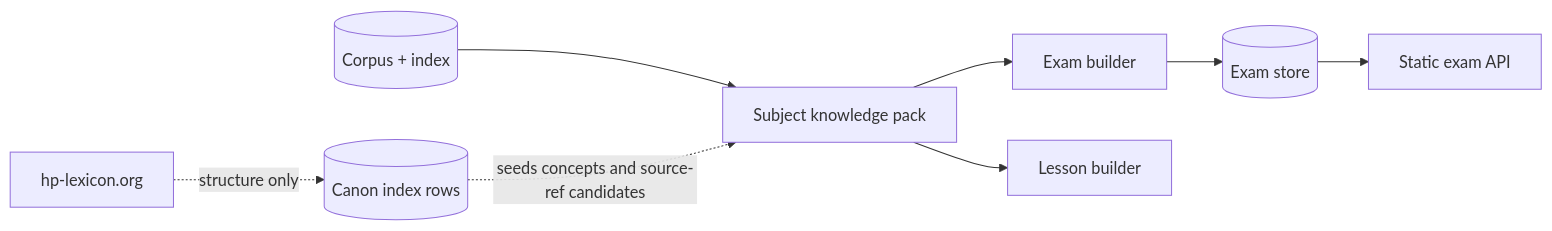
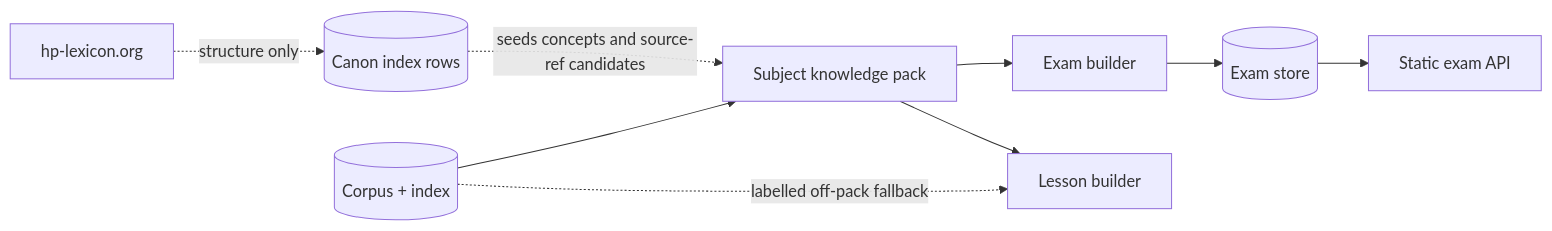
The sixth of 6 diagrams in docs/architecture.md (monitus2022/owl-online), drawn with Mermaid before and after one commit. The commit also changed other lines of this file and 19 other files, not shown here.

````diff
--- a/docs/architecture.md
+++ b/docs/architecture.md
@@ -540,10 +543,11 @@
 ```mermaid
 flowchart LR
   SITE[hp-lexicon.org] -. structure only .-> LEX[(Canon index rows)]
   CORP[(Corpus + index)] --> PACK[Subject knowledge pack]
   LEX -. seeds concepts and source-ref candidates .-> PACK
   PACK --> EXAM[Exam builder]
   PACK --> LESSON[Lesson builder]
+  CORP -. labelled off-pack fallback .-> LESSON
   EXAM --> DB[(Exam store)]
   DB --> API[Static exam API]
 ```
````
